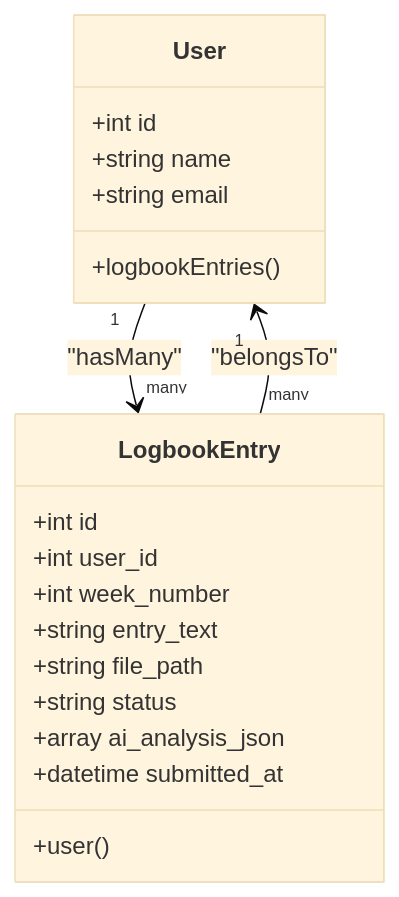
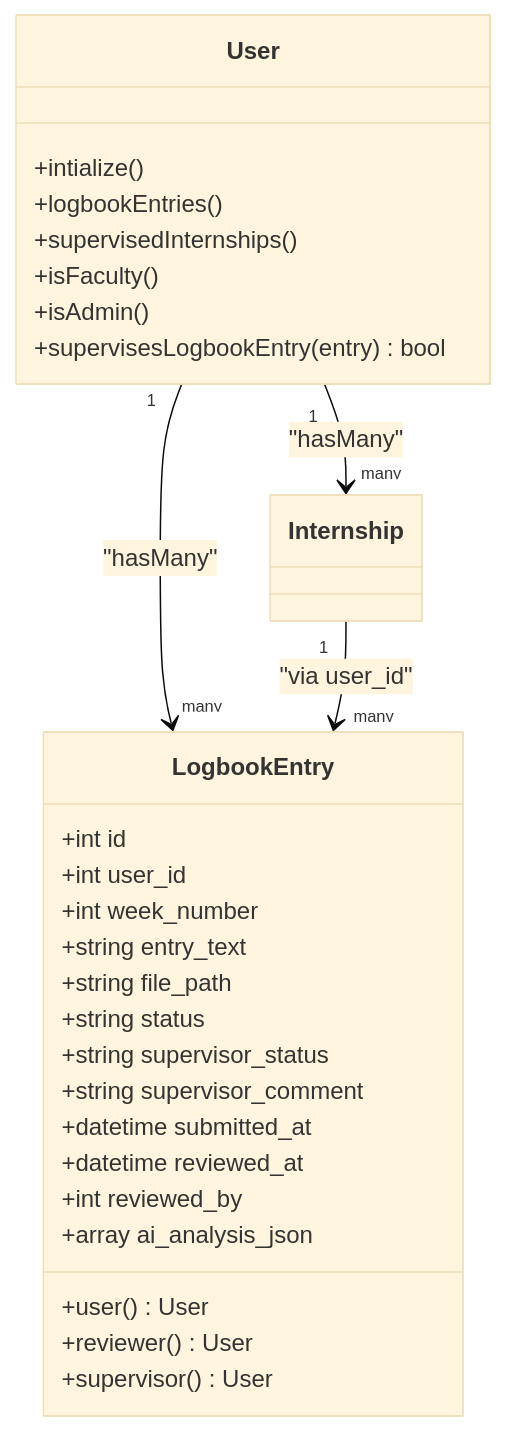
The third of 8 diagrams in .qoder/repowiki/en/content/Database Schema/Logbook Entries Table.md (puromed/internims), drawn with Mermaid (base theme) before and after one commit. The commit also changed other lines of this file and 51 other files, not shown here.

````diff
--- a/.qoder/repowiki/en/content/Database Schema/Logbook Entries Table.md
+++ b/.qoder/repowiki/en/content/Database Schema/Logbook Entries Table.md
@@ -186,22 +152,31 @@
 ```mermaid
 classDiagram
 class User {
-+int id
-+string name
-+string email
++intialize()
 +logbookEntries()
++supervisedInternships()
++isFaculty()
++isAdmin()
++supervisesLogbookEntry(entry) bool
 }
 class LogbookEntry {
 +int id
 +int user_id
 +int week_number
 +string entry_text
 +string file_path
 +string status
++string supervisor_status
++string supervisor_comment
++datetime submitted_at
++datetime reviewed_at
++int reviewed_by
 +array ai_analysis_json
-+datetime submitted_at
-+user()
++user() User
++reviewer() User
++supervisor() User
 }
 User "1" --> "many" LogbookEntry : "hasMany"
-LogbookEntry "many" --> "1" User : "belongsTo"
+User "1" --> "many" Internship : "hasMany"
+Internship "1" --> "many" LogbookEntry : "via user_id"
 ```
````
